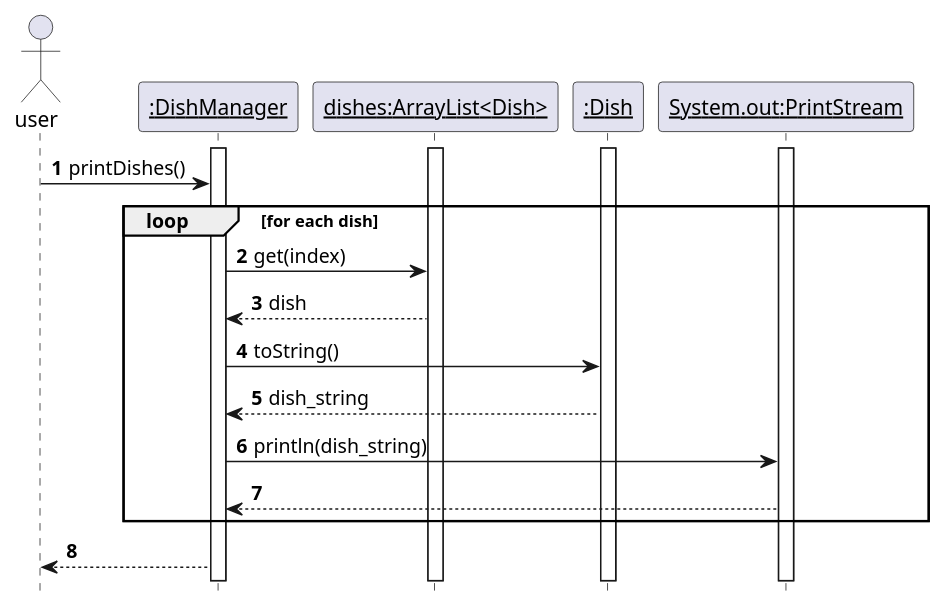
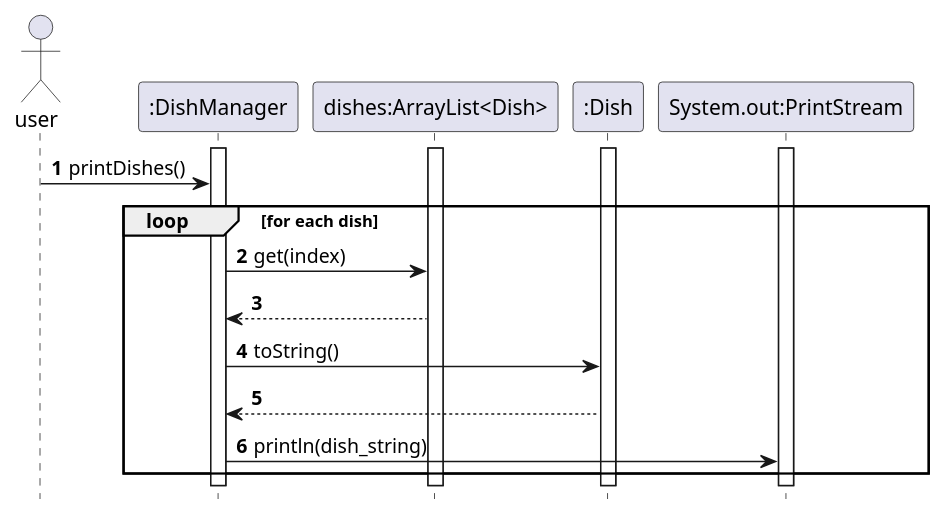
One commit to nus-cs2113-AY2122S2/tp changed the diagram in docs/uml/sequence/DishManager_printDishes.puml. Above: the diagram before and after it, drawn with PlantUML. The commit also changed 4 other files, not shown here.

Commit message:
Delete underscore (no need to user in sequence diagram)

```diff
--- a/docs/uml/sequence/DishManager_printDishes.puml
+++ b/docs/uml/sequence/DishManager_printDishes.puml
@@ -1,29 +1,27 @@
 @startuml
 'https://plantuml.com/sequence-diagram
 
 autonumber
 hide footbox
 
 actor user
-participant "__:DishManager__" as dishmanager
-participant "__dishes:ArrayList<Dish>__" as dishes
-participant "__:Dish__" as dish
-participant "__System.out:PrintStream__" as out
+participant ":DishManager" as dishmanager
+participant "dishes:ArrayList<Dish>" as dishes
+participant ":Dish" as dish
+participant "System.out:PrintStream" as out
 
 activate dishmanager
 activate dishes
 activate dish
 activate out
 
 user -> dishmanager: printDishes()
 group loop [for each dish]
 dishmanager -> dishes: get(index)
-dishes --> dishmanager: dish
+dishes --> dishmanager
 dishmanager -> dish: toString()
-dish --> dishmanager: dish_string
+dish --> dishmanager
 dishmanager -> out: println(dish_string)
-out --> dishmanager
 end
-dishmanager --> user
 
 @enduml
```
